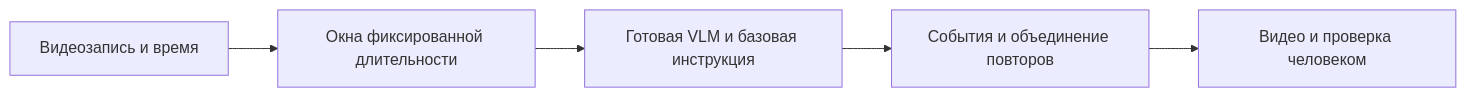
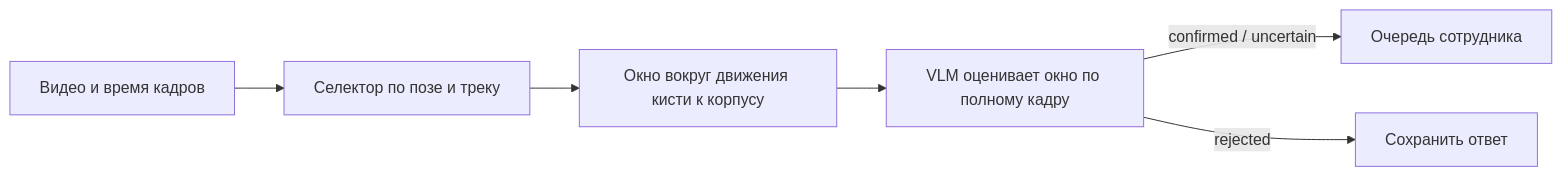
Before and after one commit to EgorLeMeilleur/mlsd_itmo: the first of 2 diagrams in docs/ml_system_design_doc.md, drawn with Mermaid. The commit also changed other lines of this file, not shown here.

````diff
--- a/docs/ml_system_design_doc.md
+++ b/docs/ml_system_design_doc.md
@@ -76,7 +74,8 @@
 ```mermaid
 flowchart LR
-    V["Видеозапись и время"] --> W["Окна фиксированной длительности"]
-    W --> M["Готовая VLM и базовая инструкция"]
-    M --> E["События и объединение повторов"]
-    E --> H["Видео и проверка человеком"]
+    V["Видео и время кадров"] --> S["Селектор по позе и треку"]
+    S --> W["Окно вокруг движения кисти к корпусу"]
+    W --> M["VLM оценивает окно по полному кадру"]
+    M -->|confirmed / uncertain| H["Очередь сотрудника"]
+    M -->|rejected| R["Сохранить ответ"]
 ```
````
